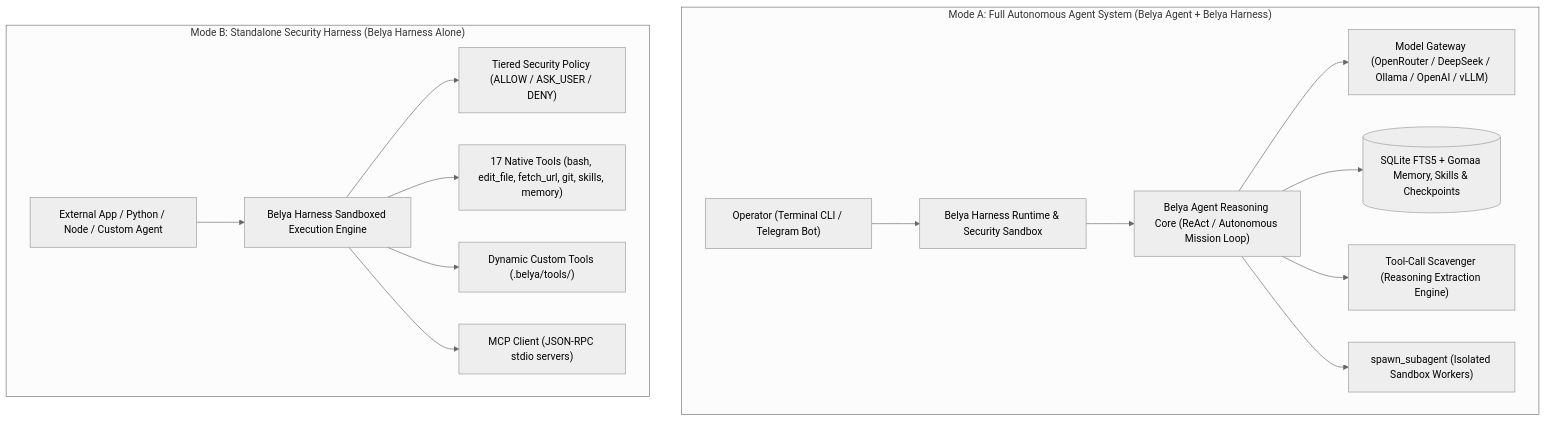
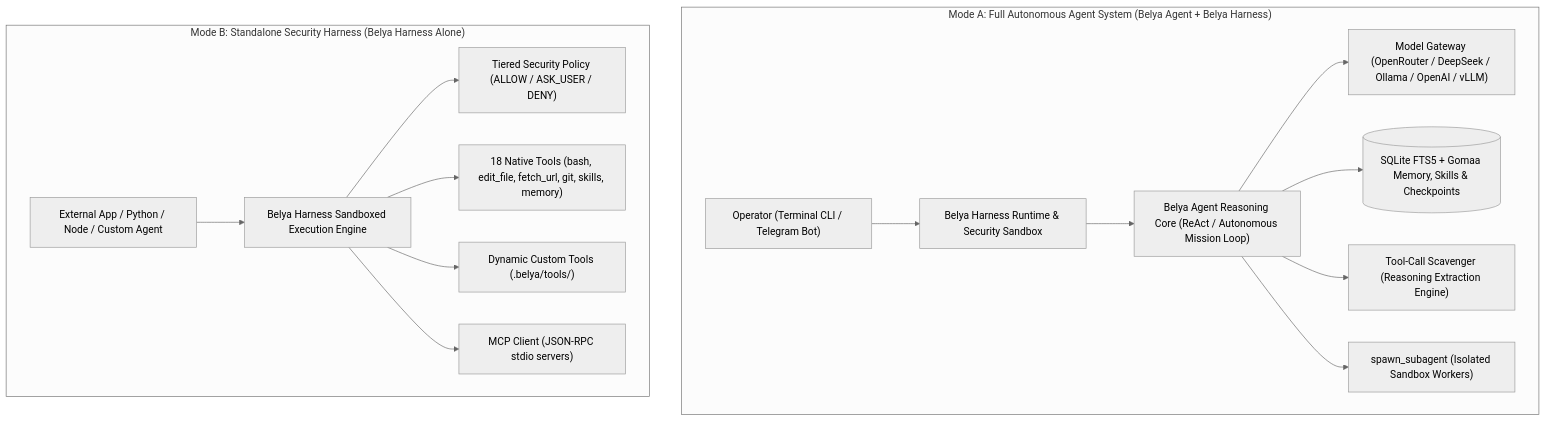
Before and after one commit to M4F-S/Belya: the first of 2 diagrams in README.md, drawn with Mermaid (neutral theme). The commit also changed 5 other files, not shown here.

Commit message:
fix(sec): leftovers round — M1 callback sender-verify + HTML escape, M3 UTF-8 chunking, M8 schema clamp (call site); docs drift (18 tools, UA 4.0)

````diff
--- a/README.md
+++ b/README.md
@@ -67,19 +67,19 @@
 ```mermaid
 graph TD
     subgraph "Mode A: Full Autonomous Agent System (Belya Agent + Belya Harness)"
         User["Operator (Terminal CLI / Telegram Bot)"] --> H["Belya Harness Runtime & Security Sandbox"]
         H --> A["Belya Agent Reasoning Core (ReAct / Autonomous Mission Loop)"]
         A --> GW["Model Gateway (OpenRouter / DeepSeek / Ollama / OpenAI / vLLM)"]
         A --> DB[("SQLite FTS5 + Gomaa Memory, Skills & Checkpoints")]
         A --> SCAV["Tool-Call Scavenger (Reasoning Extraction Engine)"]
         A --> SUB["spawn_subagent (Isolated Sandbox Workers)"]
     end
 
     subgraph "Mode B: Standalone Security Harness (Belya Harness Alone)"
         Ext["External App / Python / Node / Custom Agent"] --> H2["Belya Harness Sandboxed Execution Engine"]
         H2 --> SEC["Tiered Security Policy (ALLOW / ASK_USER / DENY)"]
-        H2 --> T1["17 Native Tools (bash, edit_file, fetch_url, git, skills, memory)"]
+        H2 --> T1["18 Native Tools (bash, edit_file, fetch_url, git, skills, memory)"]
         H2 --> T2["Dynamic Custom Tools (.belya/tools/)"]
         H2 --> T3["MCP Client (JSON-RPC stdio servers)"]
     end
 ```
````
